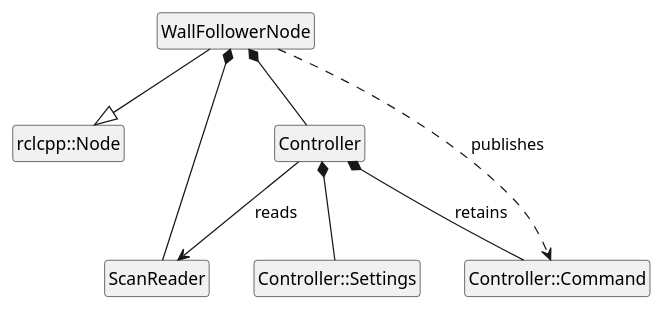
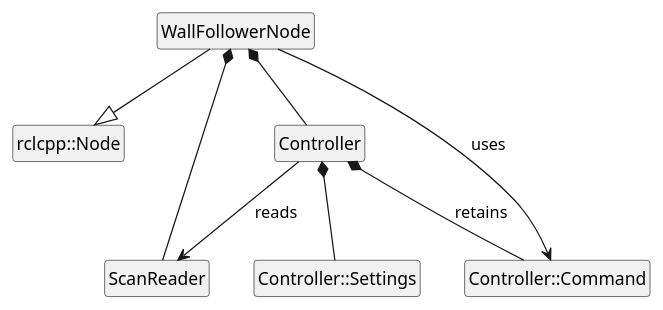
One commit to michaeld3n/s02-g24-wallfollower changed the diagram in docs/class_diagram.puml. Above: the diagram before and after it, drawn with PlantUML. The commit also changed 11 other files, not shown here.

```diff
--- a/docs/class_diagram.puml
+++ b/docs/class_diagram.puml
@@ -1,20 +1,20 @@
 @startuml
 ' Manual simplified UML: deliberately no fields or methods.
 skinparam classAttributeIconSize 0
 skinparam style strictuml
 skinparam shadowing false
 hide empty members
 class "rclcpp::Node" as Node
 class WallFollowerNode
 class ScanReader
 class Controller
 class "Controller::Settings" as Settings
 class "Controller::Command" as Command
 WallFollowerNode --|> Node
 WallFollowerNode *-- ScanReader
 WallFollowerNode *-- Controller
 Controller *-- Settings
 Controller --> ScanReader : reads
 Controller *-- Command : retains
-WallFollowerNode ..> Command : publishes
+WallFollowerNode --> Command : uses
 @enduml
```
